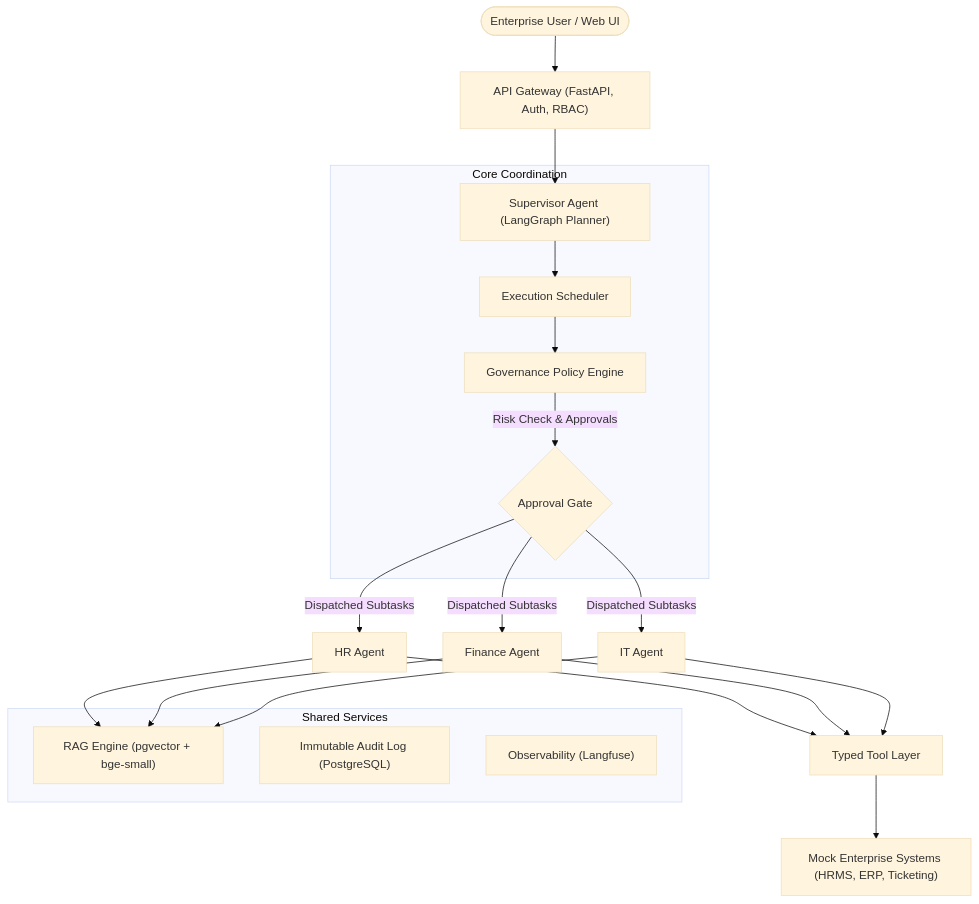
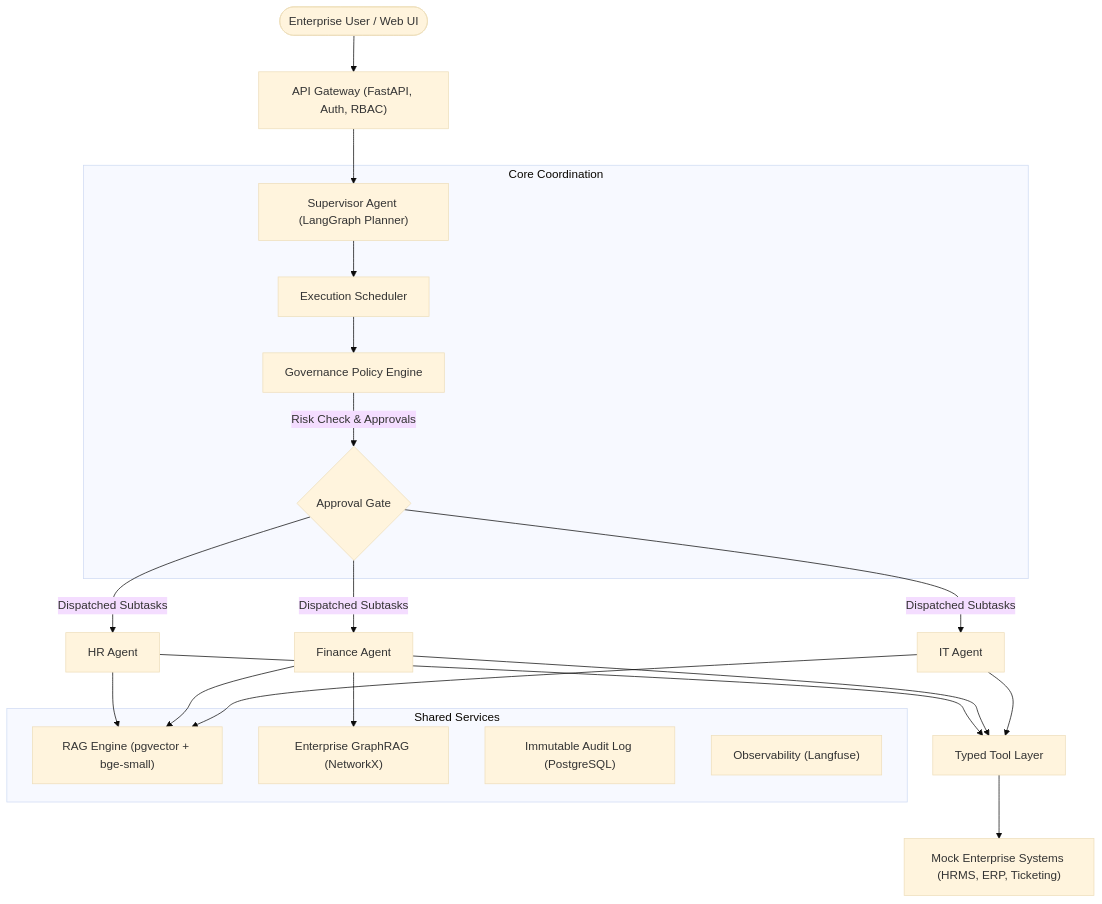
Before and after one commit to Varun072006/HAC-FEW: the diagram in README.md, drawn with Mermaid (base theme). The commit also changed other lines of this file and 2 other files, not shown here.

Commit message:
docs: Organize README with clean diagrams, benchmarks, and academic documentation

````diff
--- a/README.md
+++ b/README.md
@@ -10,31 +26,33 @@
 ```mermaid
 graph TD
     User(["Enterprise User / Web UI"]) --> Gateway["API Gateway (FastAPI, Auth, RBAC)"]
     Gateway --> Sup["Supervisor Agent (LangGraph Planner)"]
-    
+
     subgraph Core Coordination
         Sup --> Scheduler["Execution Scheduler"]
         Scheduler --> PEngine["Governance Policy Engine"]
         PEngine -->|Risk Check & Approvals| ExecutionGate{"Approval Gate"}
     end
-    
+
     ExecutionGate -->|Dispatched Subtasks| HRAgent["HR Agent"]
     ExecutionGate -->|Dispatched Subtasks| FinAgent["Finance Agent"]
     ExecutionGate -->|Dispatched Subtasks| ITAgent["IT Agent"]
-    
+
     subgraph Shared Services
         RAG["RAG Engine (pgvector + bge-small)"]
+        GraphKB["Enterprise GraphRAG (NetworkX)"]
         Audit["Immutable Audit Log (PostgreSQL)"]
         Traces["Observability (Langfuse)"]
     end
-    
+
     HRAgent --> RAG
     FinAgent --> RAG
     ITAgent --> RAG
-    
+    FinAgent --> GraphKB
+
     HRAgent --> Tools["Typed Tool Layer"]
     FinAgent --> Tools
     ITAgent --> Tools
-    
+
     Tools --> MockSystems["Mock Enterprise Systems (HRMS, ERP, Ticketing)"]
 ```
````
